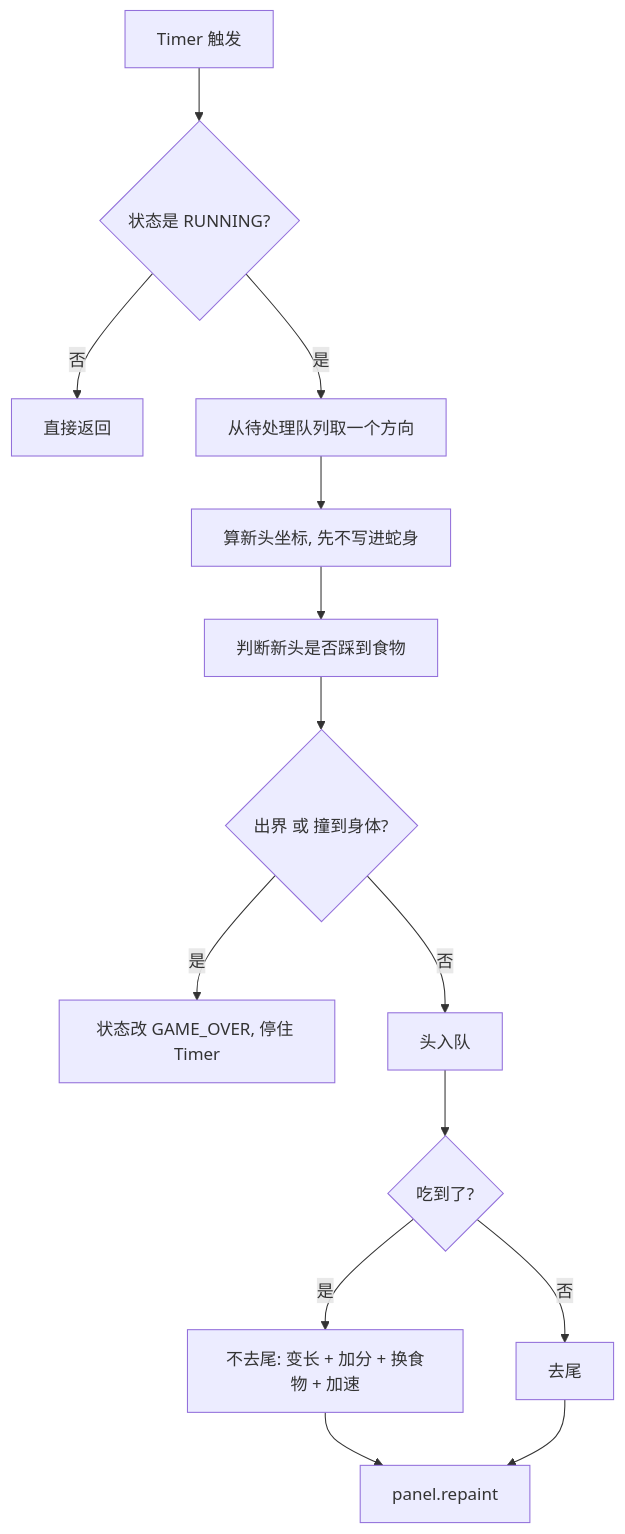
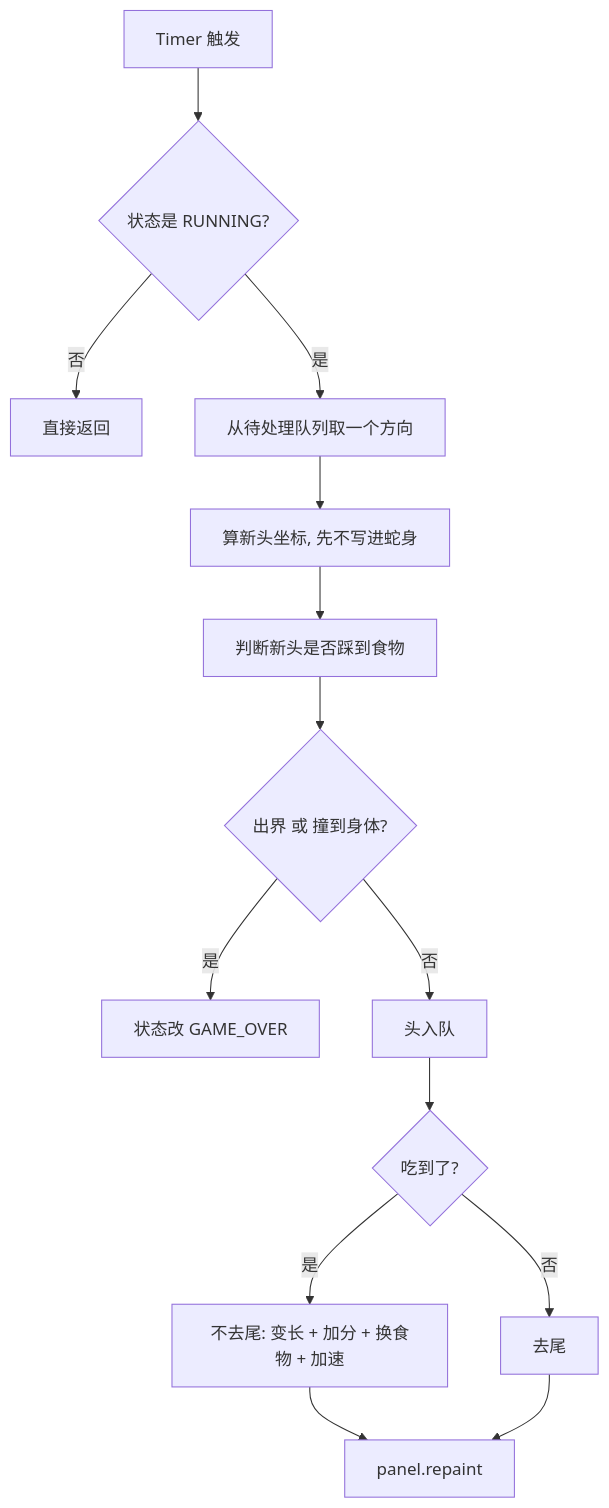
One commit to Jayfan111/Snake changed the first of 2 diagrams in README.md. Above: the diagram before and after it, drawn with Mermaid. The commit also changed other lines of this file and 11 other files, not shown here.

````diff
--- a/README.md
+++ b/README.md
@@ -51,16 +132,16 @@
 ```mermaid
 flowchart TD
     A[Timer 触发] --> B{状态是 RUNNING?}
     B -- 否 --> Z[直接返回]
     B -- 是 --> C[从待处理队列取一个方向]
     C --> D[算新头坐标, 先不写进蛇身]
     D --> E[判断新头是否踩到食物]
     E --> F{出界 或 撞到身体?}
-    F -- 是 --> G[状态改 GAME_OVER, 停住 Timer]
+    F -- 是 --> G[状态改 GAME_OVER]
     F -- 否 --> H[头入队]
     H --> I{吃到了?}
     I -- 是 --> J[不去尾: 变长 + 加分 + 换食物 + 加速]
     I -- 否 --> K[去尾]
     J --> L[panel.repaint]
     K --> L
 ```
````
